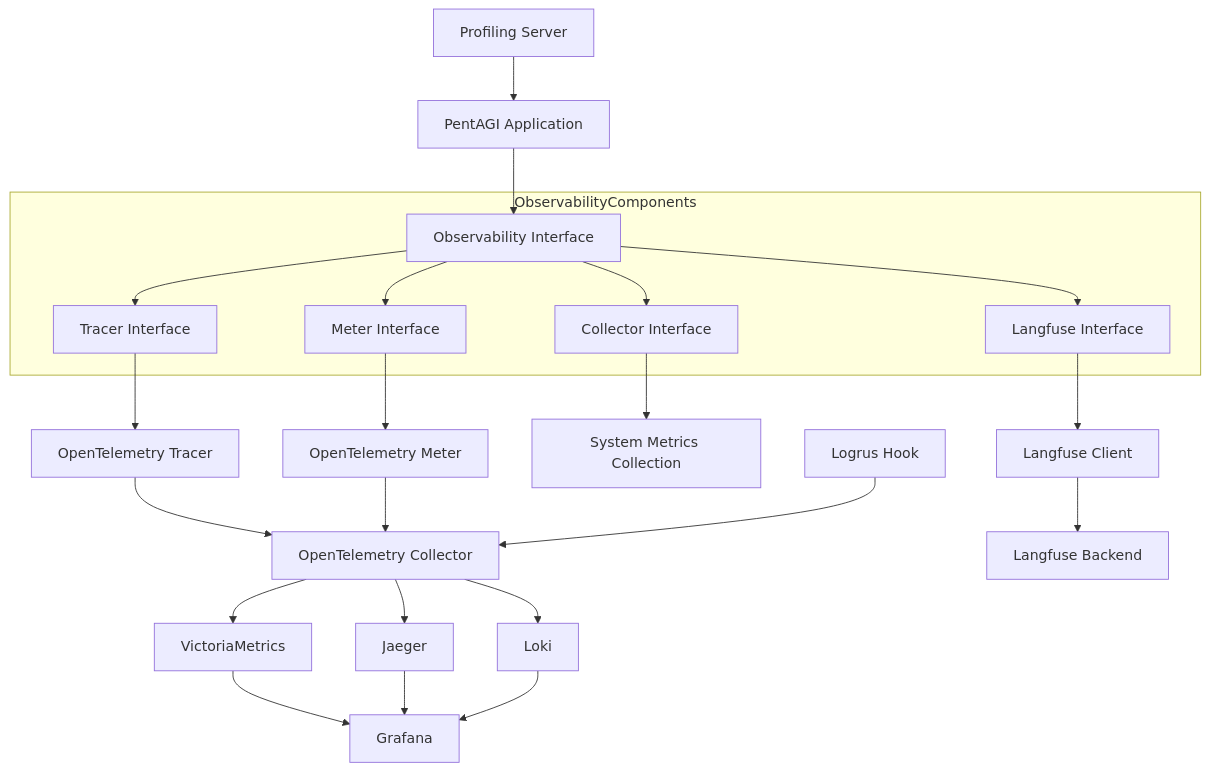
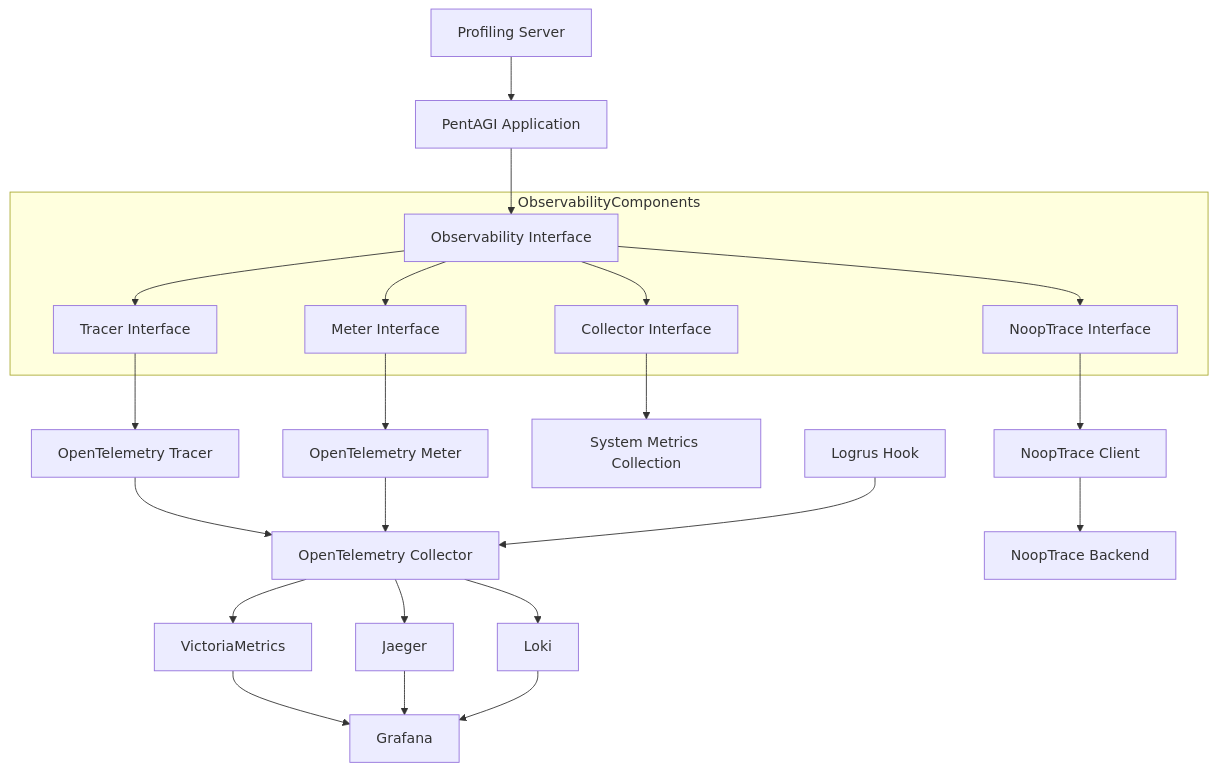
One commit to mnmballa2323/Alti.Code.Frontend changed the first of 2 diagrams in submodules/pentagi/backend/docs/observability.md. Above: the diagram before and after it, drawn with Mermaid. The commit also changed other lines of this file and 97 other files, not shown here.

````diff
--- a/submodules/pentagi/backend/docs/observability.md
+++ b/submodules/pentagi/backend/docs/observability.md
@@ -65,32 +65,32 @@
 ```mermaid
 flowchart TD
     App[PentAGI Application] --> Observer[Observability Interface]
 
     subgraph ObservabilityComponents
         Observer --> Tracer[Tracer Interface]
         Observer --> Meter[Meter Interface]
         Observer --> Collector[Collector Interface]
-        Observer --> LangfuseInt[Langfuse Interface]
+        Observer --> NoopTraceInt[NoopTrace Interface]
     end
 
     Tracer --> OtelTracer[OpenTelemetry Tracer]
     Meter --> OtelMeter[OpenTelemetry Meter]
     Collector --> Metrics[System Metrics Collection]
-    LangfuseInt --> LangfuseClient[Langfuse Client]
+    NoopTraceInt --> NoopTraceClient[NoopTrace Client]
 
     OtelTracer --> OtelCollector[OpenTelemetry Collector]
     OtelMeter --> OtelCollector
     LogrusHook[Logrus Hook] --> OtelCollector
 
     OtelCollector --> VictoriaMetrics[VictoriaMetrics]
     OtelCollector --> Jaeger[Jaeger]
     OtelCollector --> Loki[Loki]
 
     Profiling[Profiling Server] --> App
 
-    LangfuseClient --> LangfuseBackend[Langfuse Backend]
+    NoopTraceClient --> NoopTraceBackend[NoopTrace Backend]
 
     VictoriaMetrics --> Grafana[Grafana]
     Jaeger --> Grafana
     Loki --> Grafana
 ```
````
